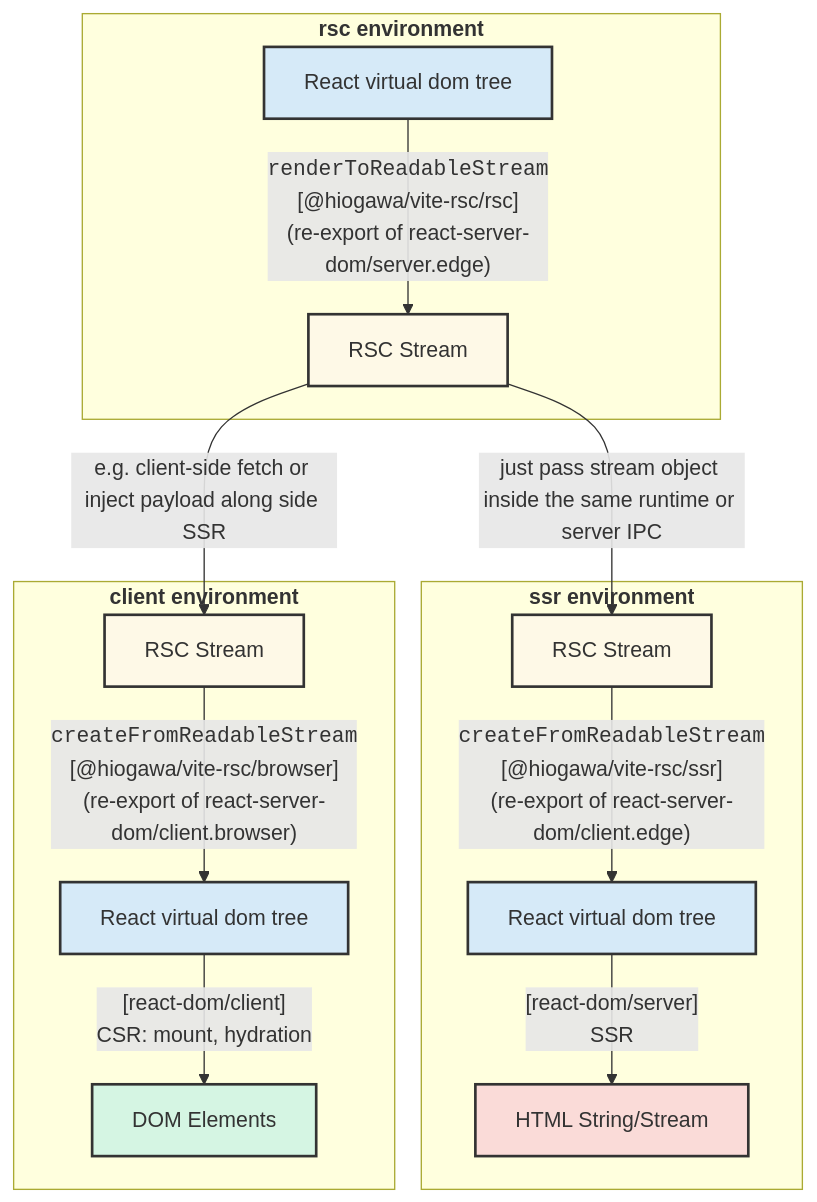
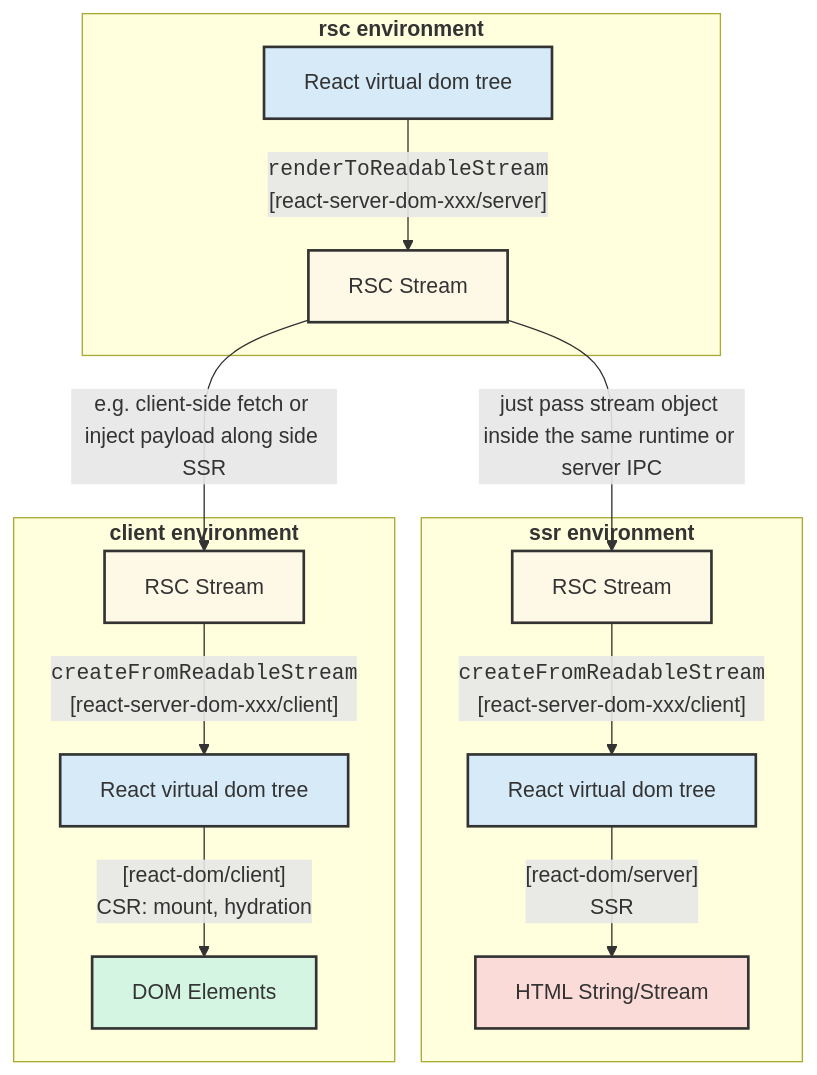
The second of 3 diagrams in 2026-02-28-react-tokyo-fes/notes/diagrams.md (hi-ogawa/talks), drawn with Mermaid before and after one commit. The commit also changed other lines of this file and 2 other files, not shown here.

````diff
--- a/2026-02-28-react-tokyo-fes/notes/diagrams.md
+++ b/2026-02-28-react-tokyo-fes/notes/diagrams.md
@@ -37,29 +37,29 @@
 ```mermaid
 graph TD
 
     subgraph "<strong>rsc environment</strong>"
-        A["React virtual dom tree"] --> |"<code>renderToReadableStream</code><br/>[@hiogawa/vite-rsc/rsc]<br />(re-export of react-server-dom/server.edge)<br />"| B1["RSC Stream"];
+        A["React virtual dom tree"] --> |"<code>renderToReadableStream</code><br/>[react-server-dom-xxx/server]"| B1["RSC Stream"];
     end
 
     B1 --> |"just pass stream object inside the same runtime or server IPC"| B2
     B1 --> |"e.g. client-side fetch or inject payload along side SSR"| B3
 
     subgraph "<strong>ssr environment</strong>"
-        B2["RSC Stream"] --> |"<code>createFromReadableStream</code><br/>[@hiogawa/vite-rsc/ssr]<br />(re-export of react-server-dom/client.edge)<br />"| C1["React virtual dom tree"];
+        B2["RSC Stream"] --> |"<code>createFromReadableStream</code><br/>[react-server-dom-xxx/client]"| C1["React virtual dom tree"];
         C1 --> |"[react-dom/server]<br/>SSR"| E["HTML String/Stream"];
     end
 
     subgraph "<strong>client environment</strong>"
-        B3["RSC Stream"] --> |"<code>createFromReadableStream</code><br/>[@hiogawa/vite-rsc/browser]<br />(re-export of react-server-dom/client.browser)<br />"| C2["React virtual dom tree"];
+        B3["RSC Stream"] --> |"<code>createFromReadableStream</code><br/>[react-server-dom-xxx/client]"| C2["React virtual dom tree"];
         C2 --> |"[react-dom/client]<br/>CSR: mount, hydration"| D["DOM Elements"];
     end
 
     style A fill:#D6EAF8,stroke:#333,stroke-width:2px
     style B1 fill:#FEF9E7,stroke:#333,stroke-width:2px
     style B2 fill:#FEF9E7,stroke:#333,stroke-width:2px
     style B3 fill:#FEF9E7,stroke:#333,stroke-width:2px
     style C1 fill:#D6EAF8,stroke:#333,stroke-width:2px
     style C2 fill:#D6EAF8,stroke:#333,stroke-width:2px
     style D fill:#D5F5E3,stroke:#333,stroke-width:2px
     style E fill:#FADBD8,stroke:#333,stroke-width:2px
 ```
````
